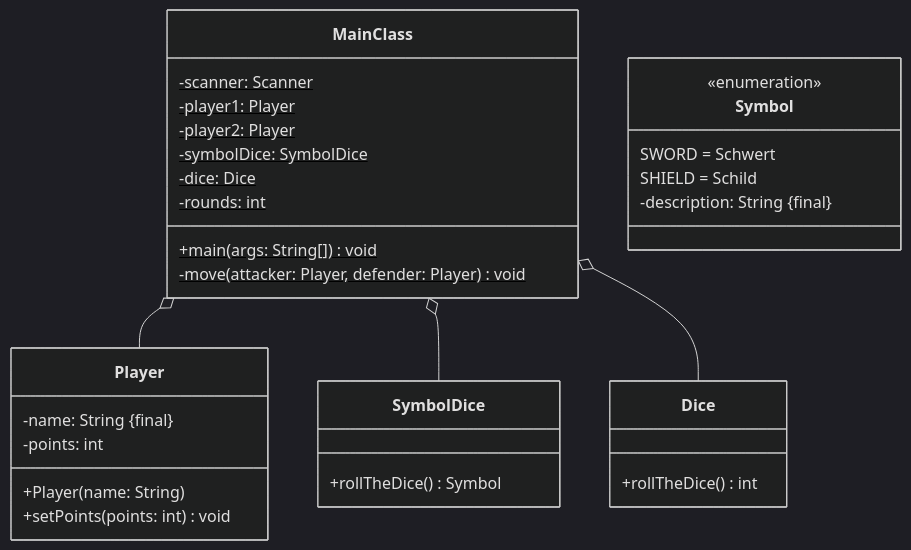
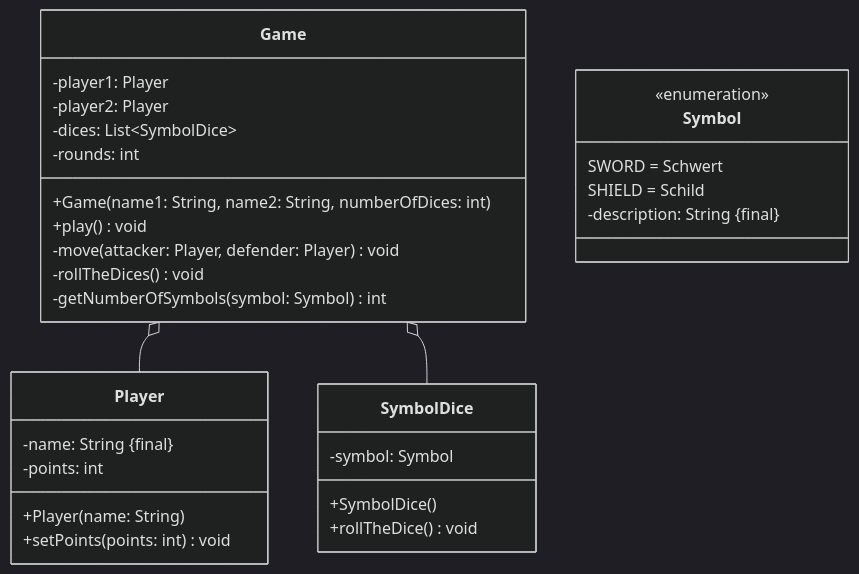
The diagram in docs/exam-exercises/exam-exercises-java1/dice-games/dice-game-10.md (jappuccini/java-docs), drawn with Mermaid (dark theme) before and after one commit. The commit also changed other lines of this file, not shown here.

Commit message:
Update Dice Game 10

````diff
--- a/docs/exam-exercises/exam-exercises-java1/dice-games/dice-game-10.md
+++ b/docs/exam-exercises/exam-exercises-java1/dice-games/dice-game-10.md
@@ -12,34 +13,33 @@
 ```mermaid
 classDiagram
-   MainClass o-- Player
-   MainClass o-- SymbolDice
-   MainClass o-- Dice
-   class MainClass {
-      -scanner: Scanner$
-      -player1: Player$
-      -player2: Player$
-      -symbolDice: SymbolDice$
-      -dice: Dice$
-      -rounds: int$
-      +main(args: String[]) void$
-      -move(attacker: Player, defender: Player) void$
+   Game o-- Player
+   Game o-- SymbolDice
+   class Game {
+      -player1: Player
+      -player2: Player
+      -dices: List~SymbolDice~
+      -rounds: int
+      +Game(name1: String, name2: String, numberOfDices: int)
+      +play() void
+      -move(attacker: Player, defender: Player) void
+      -rollTheDices() void
+      -getNumberOfSymbols(symbol: Symbol) int
    }
    class Player {
       -name: String #123;final#125;
       -points: int
       +Player(name: String)
       +setPoints(points: int) void
    }
-   class Dice {
-      +rollTheDice() int
-   }
    class SymbolDice {
-      +rollTheDice() Symbol
+      -symbol: Symbol
+      +SymbolDice()
+      +rollTheDice() void
    }
    class Symbol {
       <<enumeration>>
       SWORD = Schwert
       SHIELD = Schild
       -description: String #123;final#125;
    }
 ```
````
